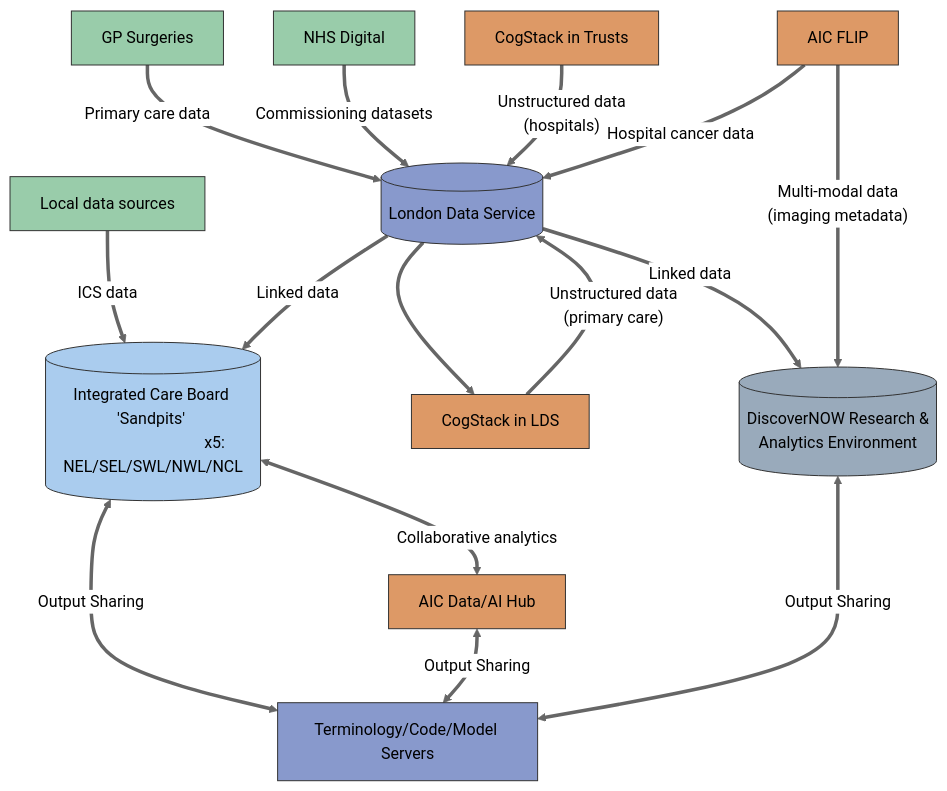
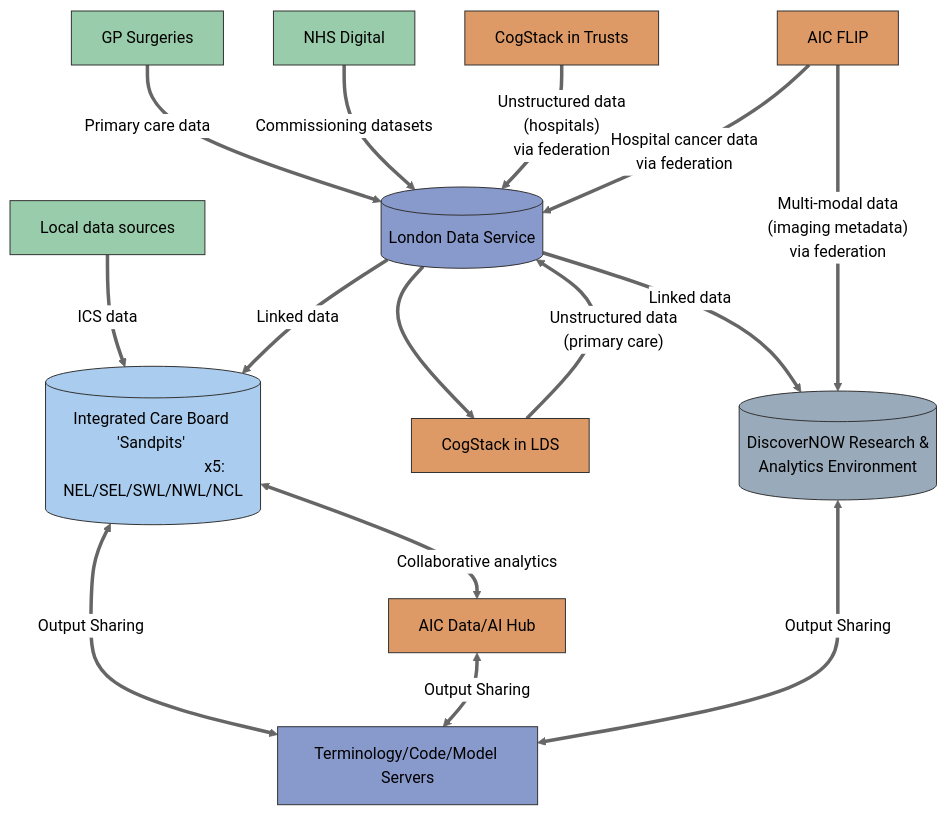
Before and after one commit to d3london/sde-aic: the first of 5 diagrams in index.qmd, drawn with Mermaid (neutral theme). The commit also changed other lines of this file and 14 other files, not shown here.

````diff
--- a/index.qmd
+++ b/index.qmd
@@ -36,44 +36,47 @@
 ```{mermaid}
 %%| fig-width: 6
 %%| label: fig-sde-summary
 %%| fig-cap: "Summary of SDE components and data flows. Each London ICB is provisioned with its own data/analytics environment through the LDS. FLIP = Federated Learning and Interoperability Platform."
 flowchart TD
     d1[GP Surgeries] ==>|Primary care data| LDS1[(London Data Service)]
     d2[NHS Digital] ==>|Commissioning datasets| LDS1
     d3[Local data sources] ==>|ICS data| ICB
     AIC1["CogStack in Trusts"] ==>|"Unstructured data 
-                                          (hospitals)"| LDS1
+                                          (hospitals)
+                                          via federation"| LDS1
     LDS1==> AIC1a["CogStack in LDS"]
     AIC1a==>|"Unstructured data 
                 (primary care)"| LDS1
     LDS1 ==>|Linked data| NWL1[("DiscoverNOW Research & 
                                 Analytics Environment")]
 
     AIC2["AIC FLIP"] ==> |"Multi-modal data 
-                                          (imaging metadata)"| NWL1
-    AIC2 ==> |Hospital cancer data| LDS1
+                                          (imaging metadata)
+                                          via federation"| NWL1
+    AIC2 ==> |"Hospital cancer data
+                via federation"| LDS1
     LDS1 ==>|Linked data| ICB[("Integrated Care Board 'Sandpits' 
                                 x5: NEL/SEL/SWL/NWL/NCL")]
 
     ICB <==>|Collaborative analytics| AIC3[AIC Data/AI Hub]
     ICB <==>|Output Sharing| LDS2[Terminology/Code/Model Servers]
     AIC3 <==>|Output Sharing| LDS2
     NWL1 <==>|Output Sharing| LDS2
 
     classDef green fill:#ab9, stroke:#333, stroke-width:1px
     classDef blue fill:#89c, stroke:#333, stroke-width:1px
     classDef bluegreen fill:#9ca, stroke:#333, stroke-width:1px
     classDef lightblue fill:#ace, stroke:#333, stroke-width:1px
     classDef red fill:#c89, stroke:#333, stroke-width:1px
     classDef lightorange fill:#ca8, stroke:#333, stroke-width:1px
     classDef orange fill:#d96, stroke:#333, stroke-width:1px
     classDef purple fill:#a9c, stroke:#333, stroke-width:1px
     classDef bluegray fill:#9ab, stroke:#333, stroke-width:1px
     classDef gray fill:#fff, stroke:#333, stroke-width:1px
 
     class LDS1,LDS2 blue
     class ICB lightblue
     class AIC1,AIC1a,AIC2,AIC3 orange
     class NWL1,NWL2 bluegray
     class d1,d2,d3 bluegreen
 ```
````
